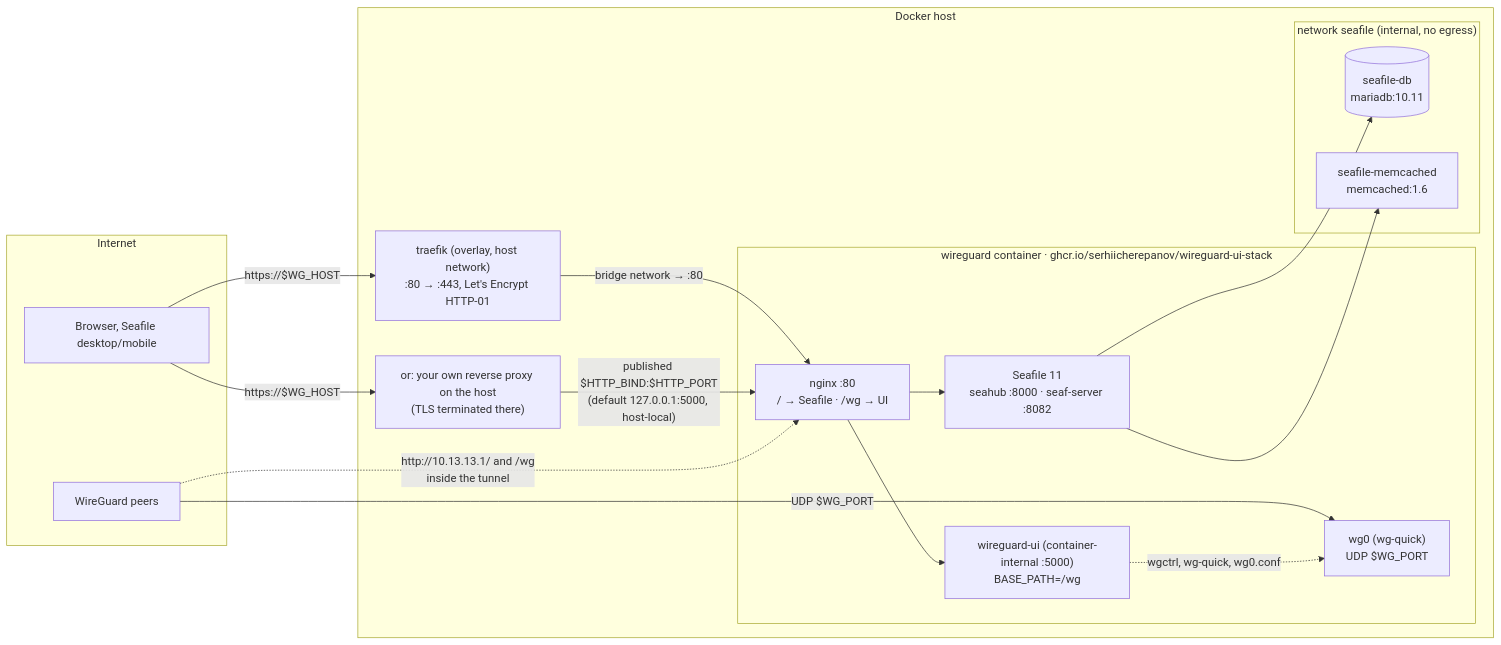
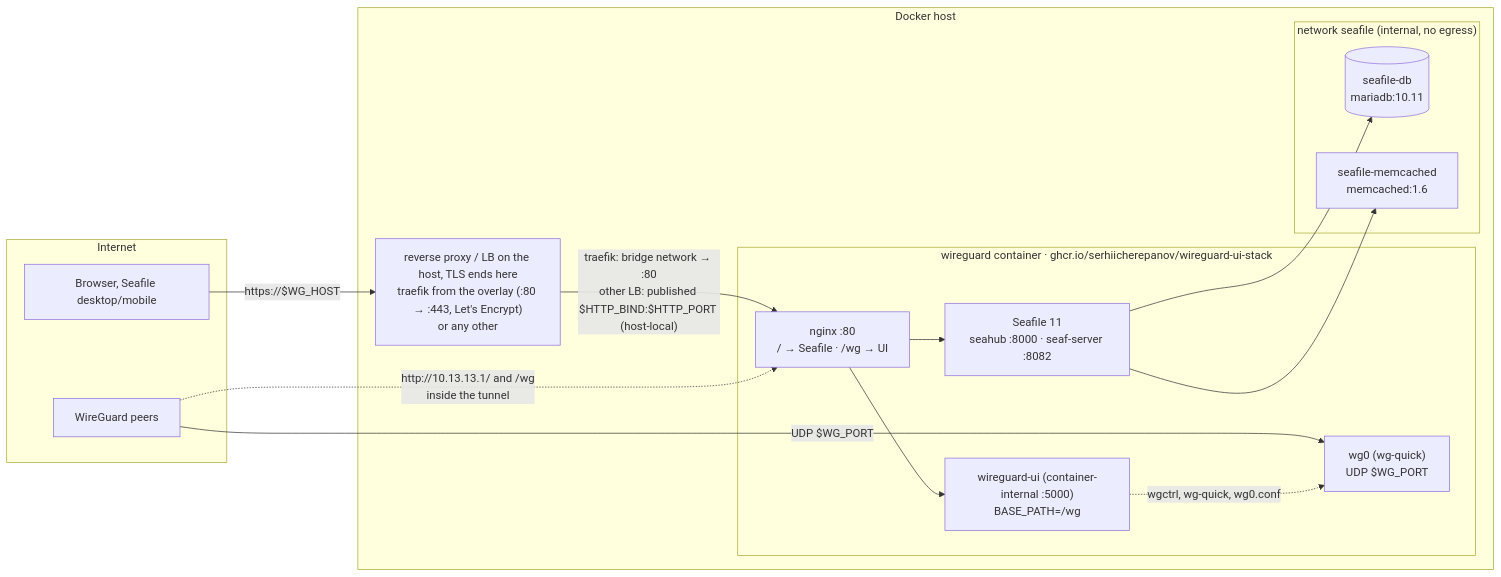
Before and after one commit to serhiicherepanov/wireguard-ui-stack: the diagram in README.md, drawn with Mermaid.

Commit message:
README diagram: single reverse proxy / LB entry (traefik overlay or any other)

````diff
--- a/README.md
+++ b/README.md
@@ -26,36 +26,33 @@
 ```mermaid
 flowchart LR
     subgraph outside[Internet]
         browser["Browser, Seafile desktop/mobile"]
         peer["WireGuard peers"]
     end
 
     subgraph host[Docker host]
-        traefik["traefik (overlay, host network)<br/>:80 → :443, Let's Encrypt HTTP-01"]
-        proxy["or: your own reverse proxy on the host<br/>(TLS terminated there)"]
+        proxy["reverse proxy / LB on the host, TLS ends here<br/>traefik from the overlay (:80 → :443, Let's Encrypt)<br/>or any other"]
 
         subgraph wgc["wireguard container · ghcr.io/serhiicherepanov/wireguard-ui-stack"]
             nginx["nginx :80<br/>/ → Seafile · /wg → UI"]
             seafile["Seafile 11<br/>seahub :8000 · seaf-server :8082"]
             ui["wireguard-ui (container-internal :5000)<br/>BASE_PATH=/wg"]
             wg0["wg0 (wg-quick)<br/>UDP $WG_PORT"]
         end
 
         subgraph backend["network seafile (internal, no egress)"]
             db[("seafile-db<br/>mariadb:10.11")]
             memcached["seafile-memcached<br/>memcached:1.6"]
         end
     end
 
-    browser -- "https://$WG_HOST" --> traefik
     browser -- "https://$WG_HOST" --> proxy
-    traefik -- "bridge network → :80" --> nginx
-    proxy -- "published $HTTP_BIND:$HTTP_PORT<br/>(default 127.0.0.1:5000, host-local)" --> nginx
+    proxy -- "traefik: bridge network → :80<br/>other LB: published $HTTP_BIND:$HTTP_PORT (host-local)" --> nginx
     nginx --> seafile
     nginx --> ui
     peer -- "UDP $WG_PORT" --> wg0
     peer -. "http://10.13.13.1/ and /wg<br/>inside the tunnel" .-> nginx
     seafile --> db
     seafile --> memcached
     ui -. "wgctrl, wg-quick, wg0.conf" .-> wg0
 ```
````
